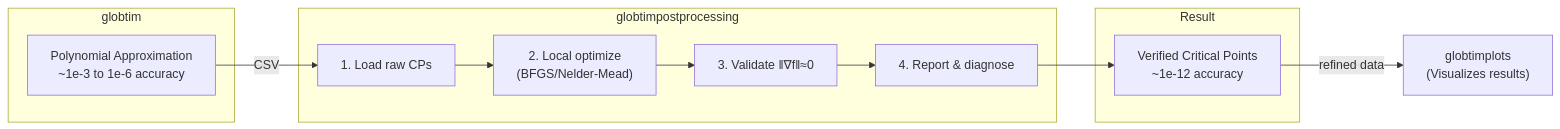
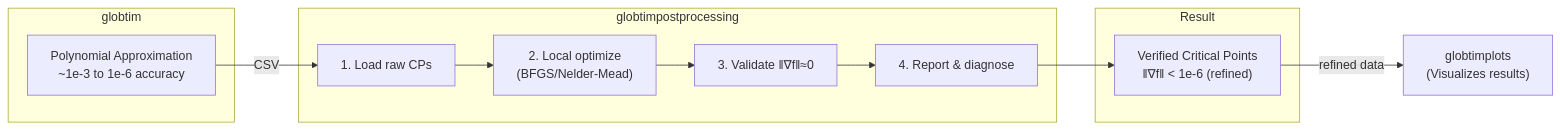
The diagram in README.md (gescholt/GlobtimPostProcessing.jl), drawn with Mermaid before and after one commit. The commit also changed other lines of this file and 1 other file, not shown here.

Commit message:
docs: ground precision/complexity claims against source; add 8th example script
Audit of user-facing performance claims found no false numbers but several
unsourced or overstated ones. Corrections:

- Qualify the '~1e-12 accuracy' refinement claim everywhere it appeared as a
  default (postproc README + index, ecosystem walkthrough): it is the
  high-precision-mode figure (x_tol=1e-12); the default is gradient tol 1e-8,
  validated by ||nabla f|| < 1e-6. Hedge candidate accuracy as 'typically
  ~1e-3 to 1e-6'. Fix the two mermaid result nodes to the actual validation
  criterion.
- core_algorithm.md: sharpen 'exponential in dimension' to the Bezout bound
  <= (d-1)^n; fix the O(n^d) variable-notation collision (grid is a tensor
  product of GN+1 nodes per axis).
- precision_parameters.md: label the cost multipliers as indicative orders of
  magnitude and the per-precision L2 values as illustrative example output.
- examples.md + examples/README.md: add the missing 8th script
  basis_comparison.jl (tables were stale at 7).

Doc build (pkg/globtim/docs/make.jl) verified clean (exit 0).

````diff
--- a/README.md
+++ b/README.md
@@ -195,20 +195,20 @@
 ```mermaid
 flowchart LR
     subgraph globtim
         A["Polynomial Approximation<br/>~1e-3 to 1e-6 accuracy"]
     end
 
     subgraph globtimpostprocessing
         B["1. Load raw CPs"] --> C["2. Local optimize<br/>(BFGS/Nelder-Mead)"]
         C --> D["3. Validate ‖∇f‖≈0"]
         D --> E["4. Report & diagnose"]
     end
 
     subgraph Result
-        F["Verified Critical Points<br/>~1e-12 accuracy"]
+        F["Verified Critical Points<br/>‖∇f‖ < 1e-6 (refined)"]
     end
 
     A -->|CSV| B
     E --> F
     F -->|"refined data"| G["globtimplots<br/>(Visualizes results)"]
 ```
````
